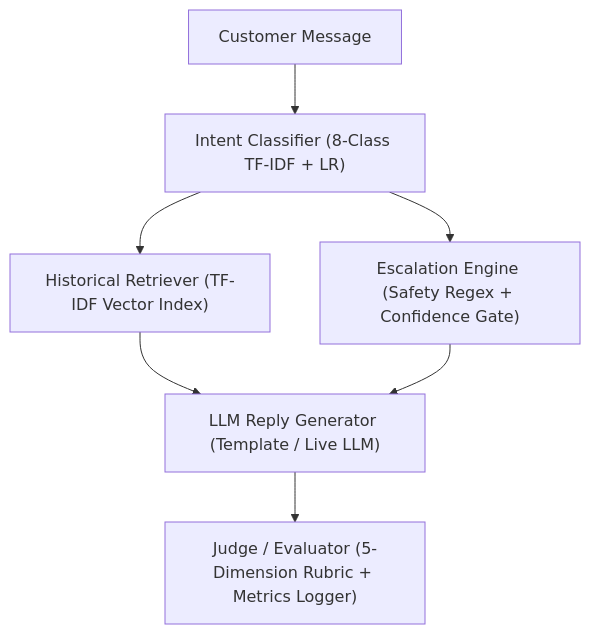
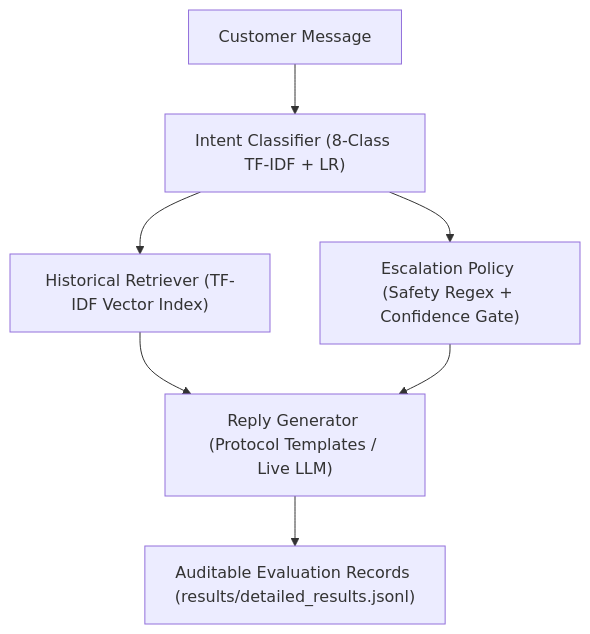
Before and after one commit to dvynshuu/hiver: the diagram in README.md, drawn with Mermaid. The commit also changed other lines of this file and 28 other files, not shown here.

````diff
--- a/README.md
+++ b/README.md
@@ -94,9 +42,9 @@
 ```mermaid
 flowchart TD
     A["Customer Message"] --> B["Intent Classifier (8-Class TF-IDF + LR)"]
     B --> C["Historical Retriever (TF-IDF Vector Index)"]
-    B --> D["Escalation Engine (Safety Regex + Confidence Gate)"]
-    C --> E["LLM Reply Generator (Template / Live LLM)"]
+    B --> D["Escalation Policy (Safety Regex + Confidence Gate)"]
+    C --> E["Reply Generator (Protocol Templates / Live LLM)"]
     D --> E
-    E --> F["Judge / Evaluator (5-Dimension Rubric + Metrics Logger)"]
+    E --> F["Auditable Evaluation Records (results/detailed_results.jsonl)"]
 ```
````
